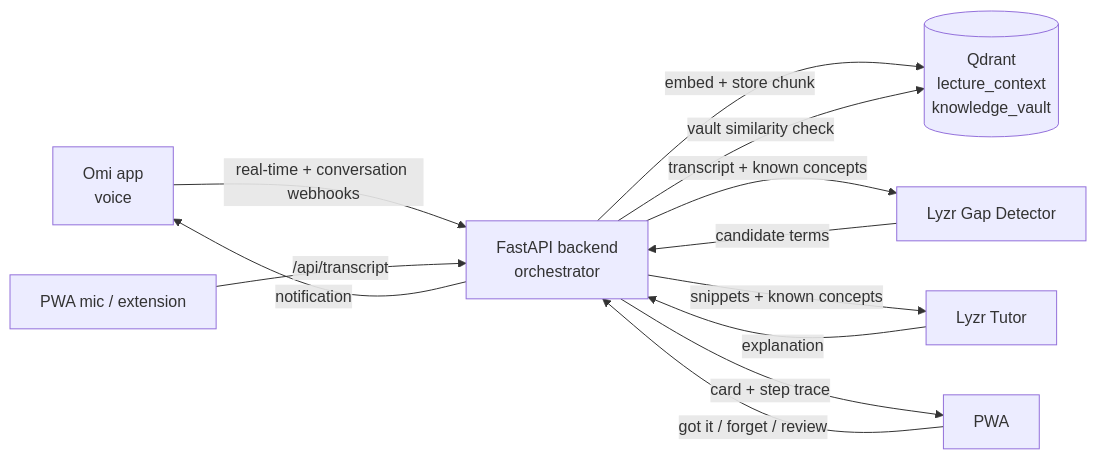
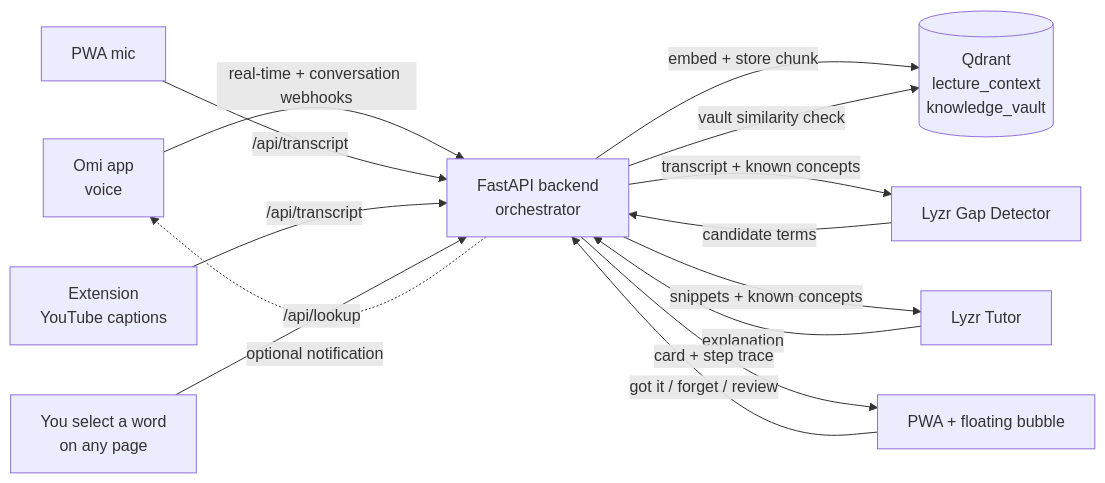
The diagram in README.md (Jyothirmayi13/chat), drawn with Mermaid before and after one commit. The commit also changed other lines of this file, not shown here.

````diff
--- a/README.md
+++ b/README.md
@@ -20,14 +62,16 @@
 ```mermaid
 flowchart LR
     A[Omi app<br/>voice] -->|real-time + conversation webhooks| B
-    M[PWA mic / extension] -->|/api/transcript| B
+    M[PWA mic] -->|/api/transcript| B
+    X[Extension<br/>YouTube captions] -->|/api/transcript| B
+    Y[You select a word<br/>on any page] -->|/api/lookup| B
     B[FastAPI backend<br/>orchestrator] -->|embed + store chunk| Q[(Qdrant<br/>lecture_context<br/>knowledge_vault)]
     B -->|transcript + known concepts| G[Lyzr Gap Detector]
     G -->|candidate terms| B
     B -->|vault similarity check| Q
     B -->|snippets + known concepts| T[Lyzr Tutor]
     T -->|explanation| B
-    B -->|card + step trace| P[PWA]
-    B -->|notification| A
+    B -->|card + step trace| P[PWA + floating bubble]
+    B -.->|optional notification| A
     P -->|got it / forget / review| B
 ```
````
